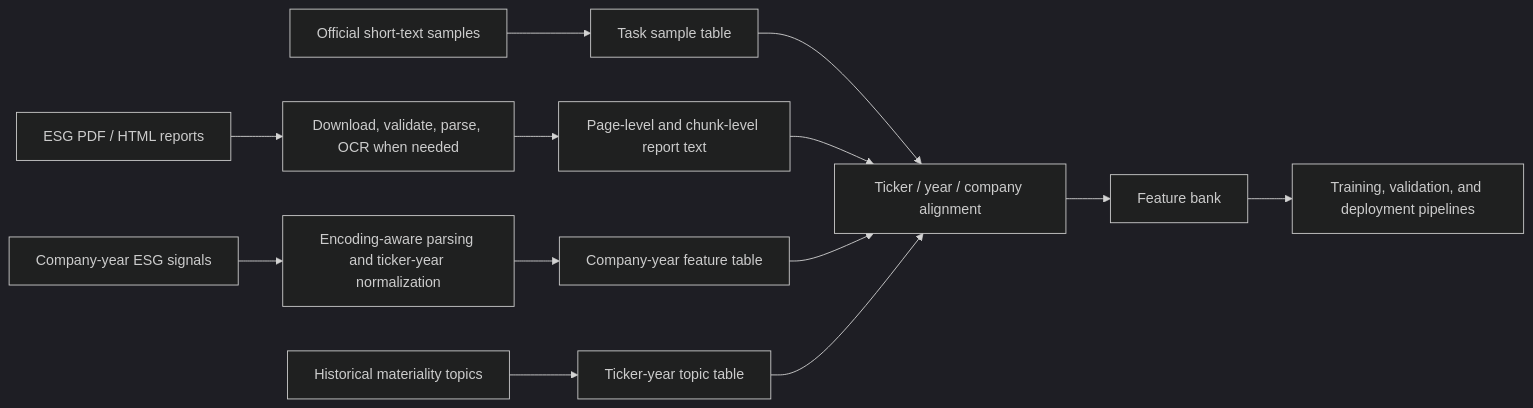
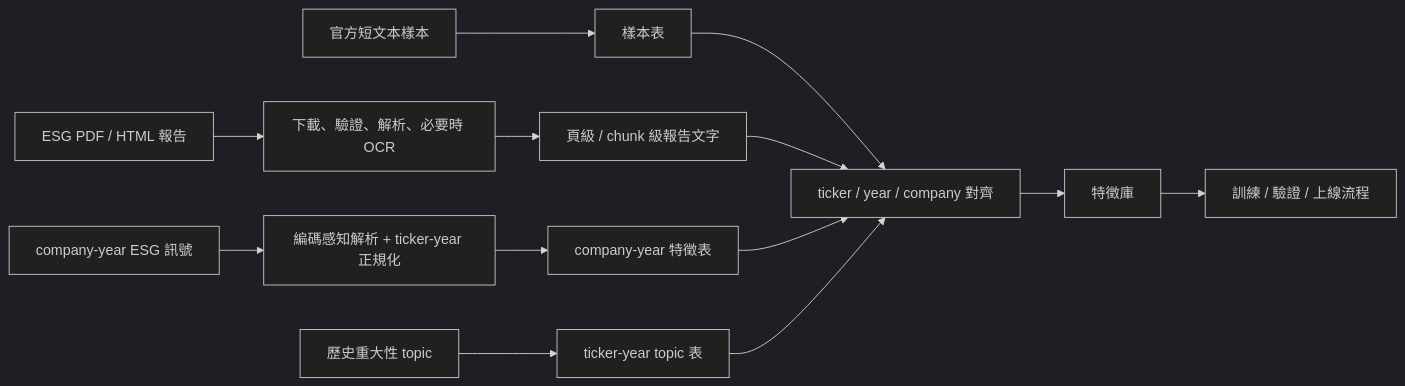
One commit to Hank0503oUo/veripromise-esg-competition-architecture changed the second of 8 diagrams in README.md. Above: the diagram before and after it, drawn with Mermaid (dark theme). The commit also changed other lines of this file, not shown here.

````diff
--- a/README.md
+++ b/README.md
@@ -179,17 +167,17 @@
 ```mermaid
 flowchart LR
-    official["Official short-text samples"] --> base["Task sample table"]
-    reports["ESG PDF / HTML reports"] --> parse["Download, validate, parse, OCR when needed"]
-    parse --> chunks["Page-level and chunk-level report text"]
-    company["Company-year ESG signals"] --> normalize["Encoding-aware parsing and ticker-year normalization"]
-    normalize --> companyTable["Company-year feature table"]
-    materiality["Historical materiality topics"] --> topicTable["Ticker-year topic table"]
+    official["官方短文本樣本"] --> base["樣本表"]
+    reports["ESG PDF / HTML 報告"] --> parse["下載、驗證、解析、必要時 OCR"]
+    parse --> chunks["頁級 / chunk 級報告文字"]
+    company["company-year ESG 訊號"] --> normalize["編碼感知解析 + ticker-year 正規化"]
+    normalize --> companyTable["company-year 特徵表"]
+    materiality["歷史重大性 topic"] --> topicTable["ticker-year topic 表"]
 
-    base --> align["Ticker / year / company alignment"]
+    base --> align["ticker / year / company 對齊"]
     chunks --> align
     companyTable --> align
     topicTable --> align
 
-    align --> features["Feature bank"]
-    features --> training["Training, validation, and deployment pipelines"]
+    align --> features["特徵庫"]
+    features --> training["訓練 / 驗證 / 上線流程"]
 ```
````
